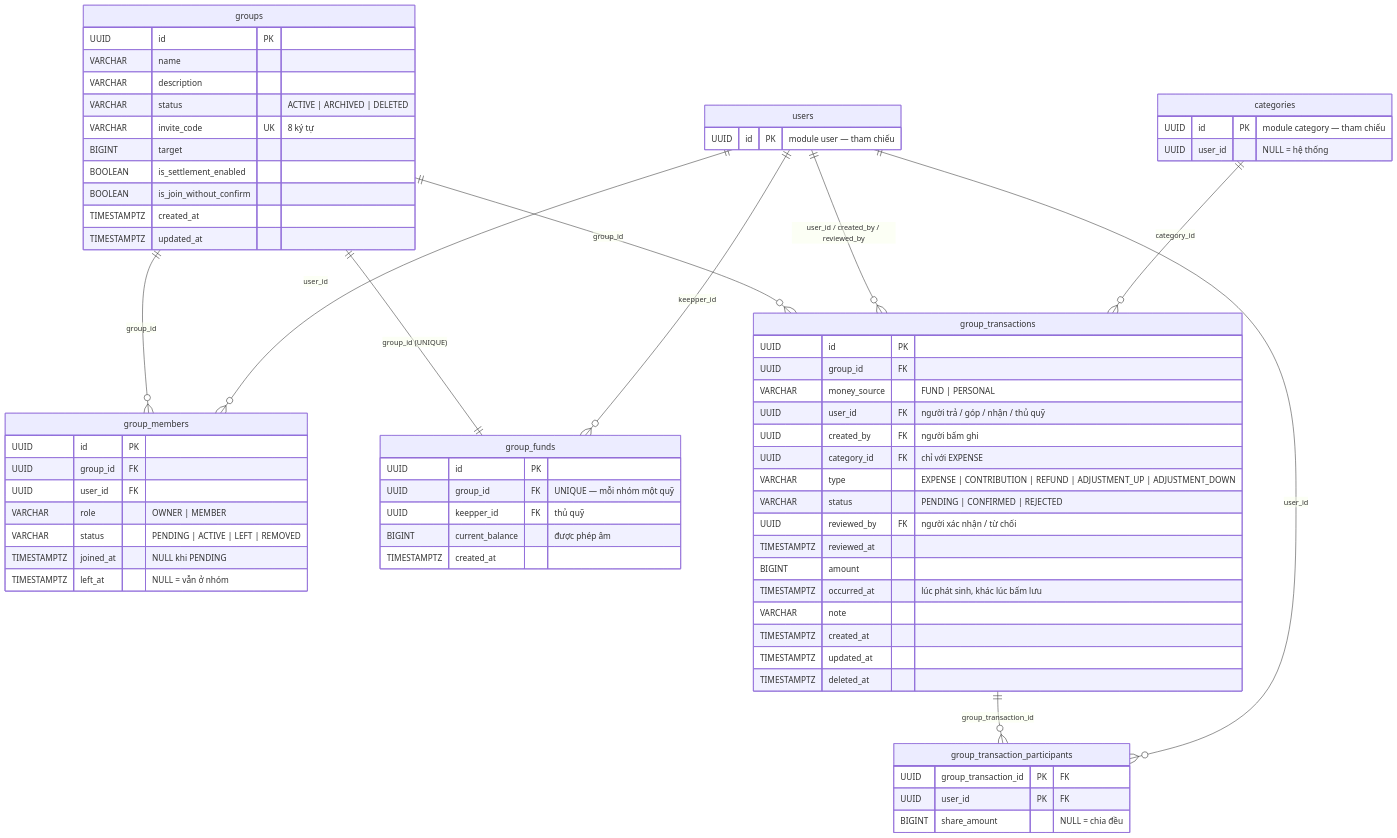
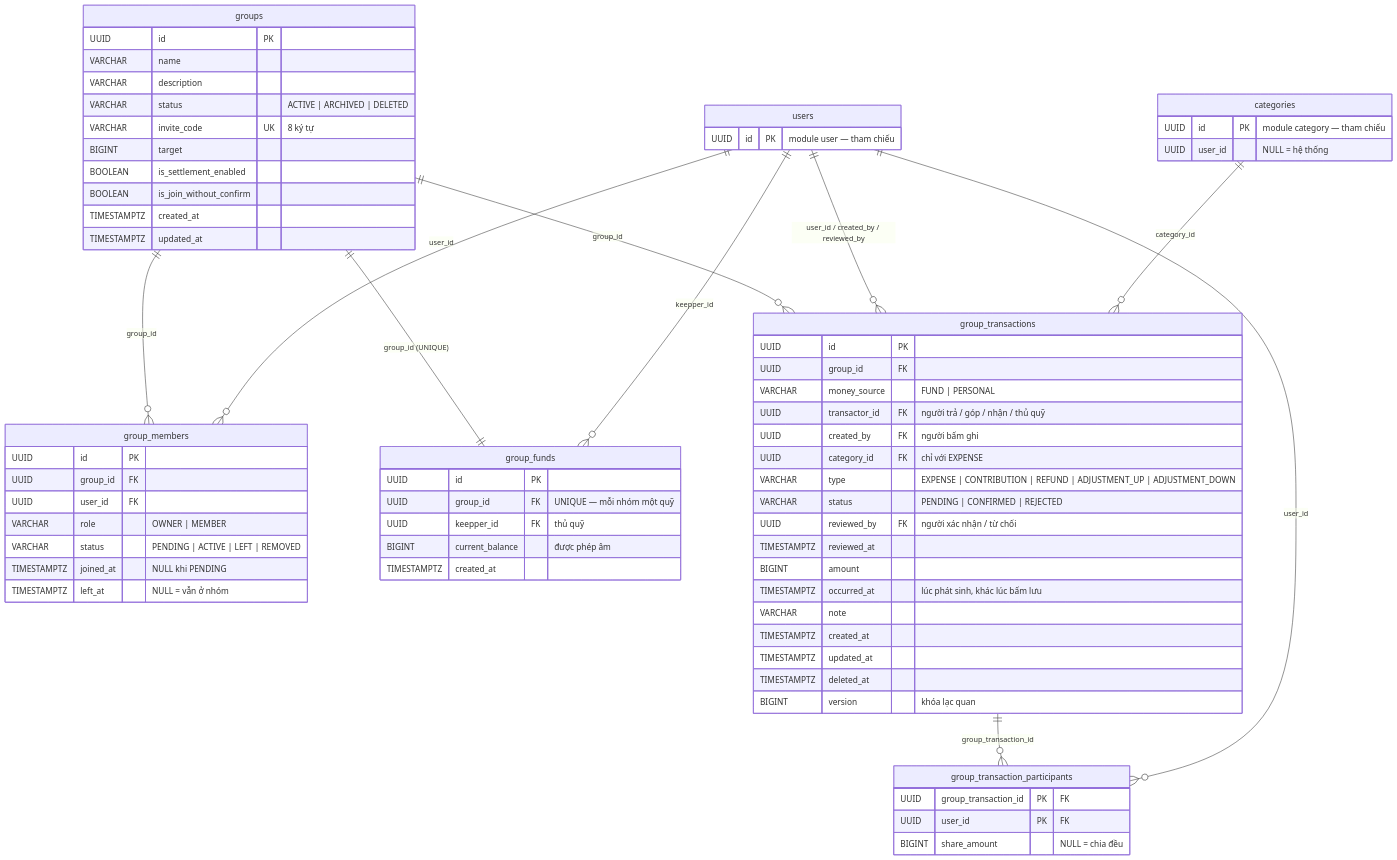
Before and after one commit to dungcony/my_server_finance: the second of 2 diagrams in docs/design/group/lop-thuc-the.md, drawn with Mermaid. The commit also changed other lines of this file and 53 other files, not shown here.

````diff
--- a/docs/design/group/lop-thuc-the.md
+++ b/docs/design/group/lop-thuc-the.md
@@ -176,77 +179,78 @@
 ```mermaid
 erDiagram
     groups ||--o{ group_members: "group_id"
     users ||--o{ group_members: "user_id"
     groups ||--|| group_funds: "group_id (UNIQUE)"
     users ||--o{ group_funds: "keepper_id"
     groups ||--o{ group_transactions: "group_id"
     users ||--o{ group_transactions: "user_id / created_by / reviewed_by"
     categories ||--o{ group_transactions: "category_id"
     group_transactions ||--o{ group_transaction_participants: "group_transaction_id"
     users ||--o{ group_transaction_participants: "user_id"
 
     groups {
         UUID id PK
         VARCHAR name
         VARCHAR description
         VARCHAR status "ACTIVE | ARCHIVED | DELETED"
         VARCHAR invite_code UK "8 ký tự"
         BIGINT target
         BOOLEAN is_settlement_enabled
         BOOLEAN is_join_without_confirm
         TIMESTAMPTZ created_at
         TIMESTAMPTZ updated_at
     }
 
     group_members {
         UUID id PK
         UUID group_id FK
         UUID user_id FK
         VARCHAR role "OWNER | MEMBER"
         VARCHAR status "PENDING | ACTIVE | LEFT | REMOVED"
         TIMESTAMPTZ joined_at "NULL khi PENDING"
         TIMESTAMPTZ left_at "NULL = vẫn ở nhóm"
     }
 
     group_funds {
         UUID id PK
         UUID group_id FK "UNIQUE — mỗi nhóm một quỹ"
         UUID keepper_id FK "thủ quỹ"
         BIGINT current_balance "được phép âm"
         TIMESTAMPTZ created_at
     }
 
     group_transactions {
         UUID id PK
         UUID group_id FK
         VARCHAR money_source "FUND | PERSONAL"
-        UUID user_id FK "người trả / góp / nhận / thủ quỹ"
+        UUID transactor_id FK "người trả / góp / nhận / thủ quỹ"
         UUID created_by FK "người bấm ghi"
         UUID category_id FK "chỉ với EXPENSE"
         VARCHAR type "EXPENSE | CONTRIBUTION | REFUND | ADJUSTMENT_UP | ADJUSTMENT_DOWN"
         VARCHAR status "PENDING | CONFIRMED | REJECTED"
         UUID reviewed_by FK "người xác nhận / từ chối"
         TIMESTAMPTZ reviewed_at
         BIGINT amount
         TIMESTAMPTZ occurred_at "lúc phát sinh, khác lúc bấm lưu"
         VARCHAR note
         TIMESTAMPTZ created_at
         TIMESTAMPTZ updated_at
         TIMESTAMPTZ deleted_at
+        BIGINT version "khóa lạc quan"
     }
 
     group_transaction_participants {
         UUID group_transaction_id PK "FK"
         UUID user_id PK "FK"
         BIGINT share_amount "NULL = chia đều"
     }
 
     users {
         UUID id PK "module user — tham chiếu"
     }
 
     categories {
         UUID id PK "module category — tham chiếu"
         UUID user_id "NULL = hệ thống"
     }
 ```
````
